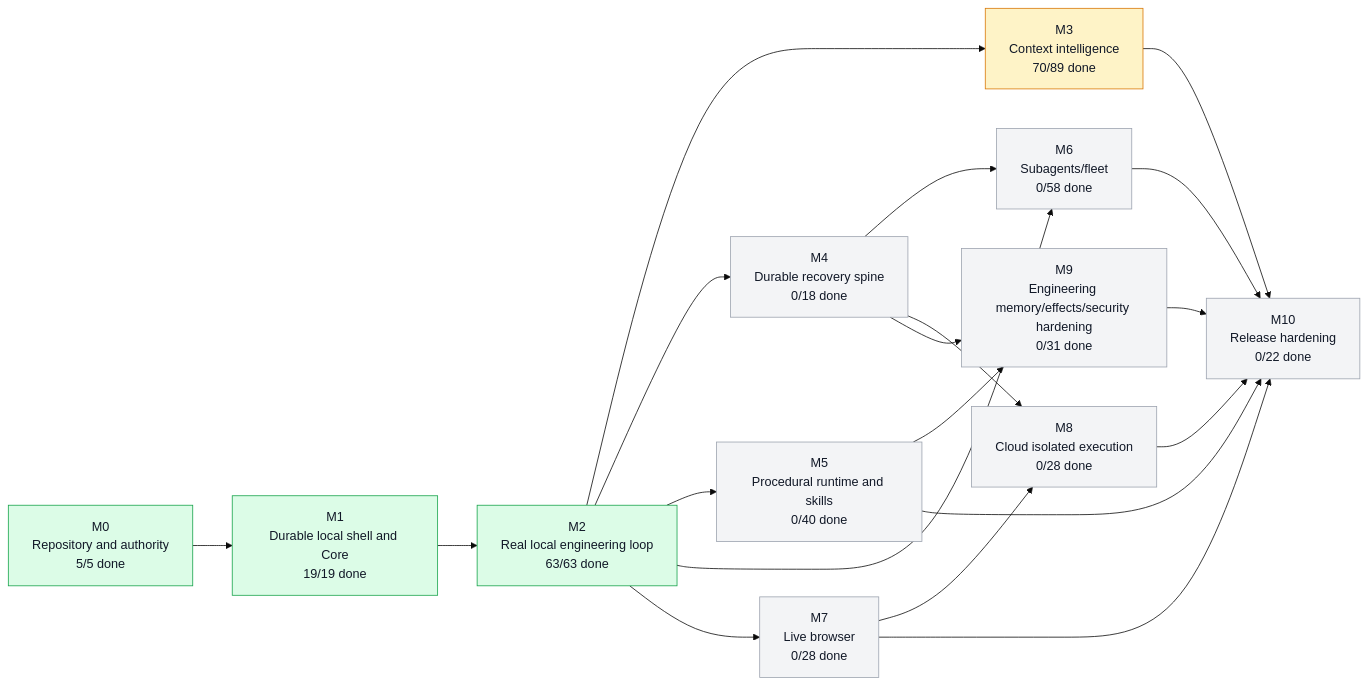
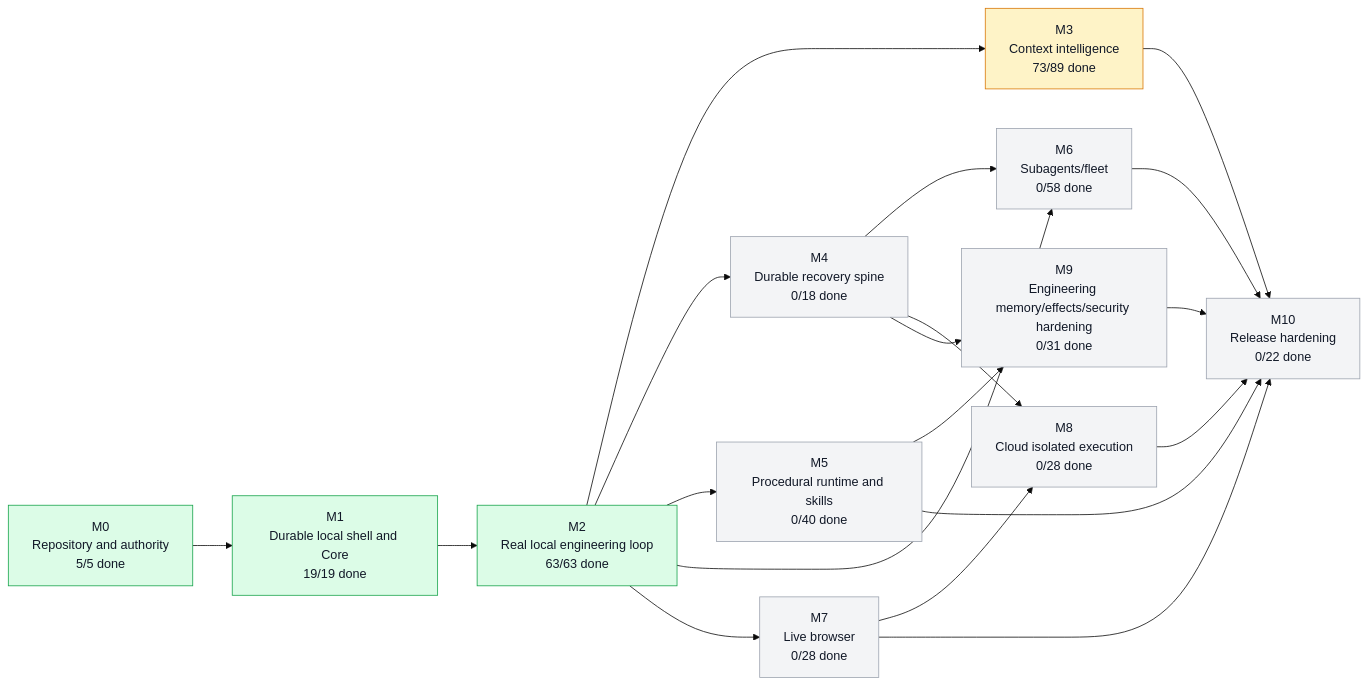
Before and after one commit to moss101/modbit: the first of 5 diagrams in graph/PROJECT_GRAPH.md, drawn with Mermaid (base theme). The commit also changed other lines of this file and 12 other files, not shown here.

````diff
--- a/graph/PROJECT_GRAPH.md
+++ b/graph/PROJECT_GRAPH.md
@@ -57,43 +57,43 @@
 ```mermaid
 flowchart LR
   M0["M0<br/>Repository and authority<br/>5/5 done"]
   M1["M1<br/>Durable local shell and Core<br/>19/19 done"]
   M2["M2<br/>Real local engineering loop<br/>63/63 done"]
-  M3["M3<br/>Context intelligence<br/>70/89 done"]
+  M3["M3<br/>Context intelligence<br/>73/89 done"]
   M4["M4<br/>Durable recovery spine<br/>0/18 done"]
   M5["M5<br/>Procedural runtime and skills<br/>0/40 done"]
   M6["M6<br/>Subagents/fleet<br/>0/58 done"]
   M7["M7<br/>Live browser<br/>0/28 done"]
   M8["M8<br/>Cloud isolated execution<br/>0/28 done"]
   M9["M9<br/>Engineering memory/effects/security hardening<br/>0/31 done"]
   M10["M10<br/>Release hardening<br/>0/22 done"]
   M0 --> M1
   M1 --> M2
   M2 --> M3
   M2 --> M4
   M2 --> M5
   M2 --> M6
   M4 --> M6
   M2 --> M7
   M4 --> M8
   M7 --> M8
   M4 --> M9
   M5 --> M9
   M3 --> M10
   M5 --> M10
   M6 --> M10
   M7 --> M10
   M8 --> M10
   M9 --> M10
   style M0 fill:#dcfce7,stroke:#16a34a,color:#111827
   style M1 fill:#dcfce7,stroke:#16a34a,color:#111827
   style M2 fill:#dcfce7,stroke:#16a34a,color:#111827
   style M3 fill:#fef3c7,stroke:#d97706,color:#111827
   style M4 fill:#f3f4f6,stroke:#9ca3af,color:#111827
   style M5 fill:#f3f4f6,stroke:#9ca3af,color:#111827
   style M6 fill:#f3f4f6,stroke:#9ca3af,color:#111827
   style M7 fill:#f3f4f6,stroke:#9ca3af,color:#111827
   style M8 fill:#f3f4f6,stroke:#9ca3af,color:#111827
   style M9 fill:#f3f4f6,stroke:#9ca3af,color:#111827
   style M10 fill:#f3f4f6,stroke:#9ca3af,color:#111827
 ```
````
